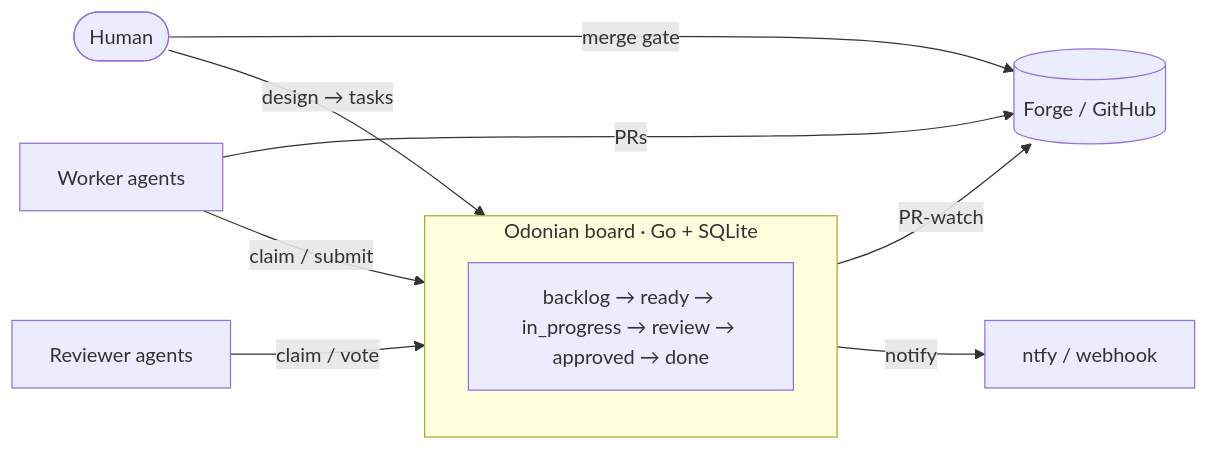
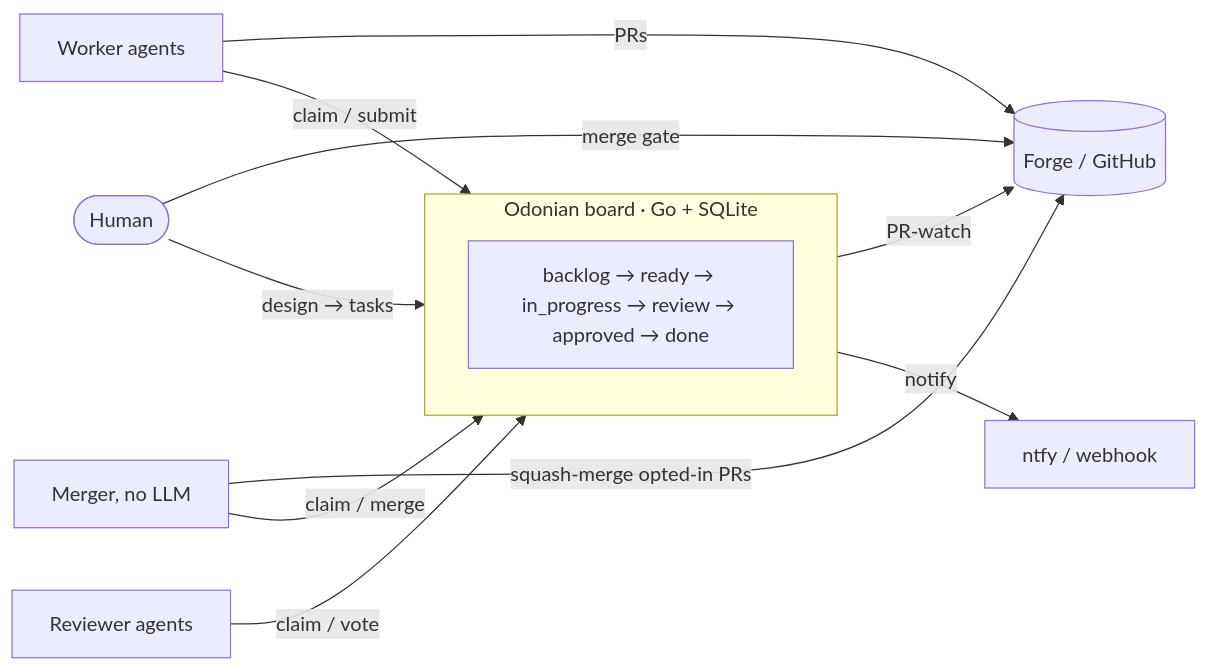
The diagram in README.md (boldfield/odonian), drawn with Mermaid before and after one commit. The commit also changed other lines of this file and 3 other files, not shown here.

````diff
--- a/README.md
+++ b/README.md
@@ -31,13 +34,15 @@
 ```mermaid
 flowchart LR
     H([Human]) -->|design → tasks| B
     subgraph B["Odonian board · Go + SQLite"]
         Q[backlog → ready → in_progress → review → approved → done]
     end
     W[Worker agents] -->|claim / submit| B
     R[Reviewer agents] -->|claim / vote| B
+    M[Merger, no LLM] -->|claim / merge| B
     W -->|PRs| F[(Forge / GitHub)]
+    M -->|squash-merge opted-in PRs| F
     B -->|PR-watch| F
     H -->|merge gate| F
     B -->|notify| N[ntfy / webhook]
 ```
````
